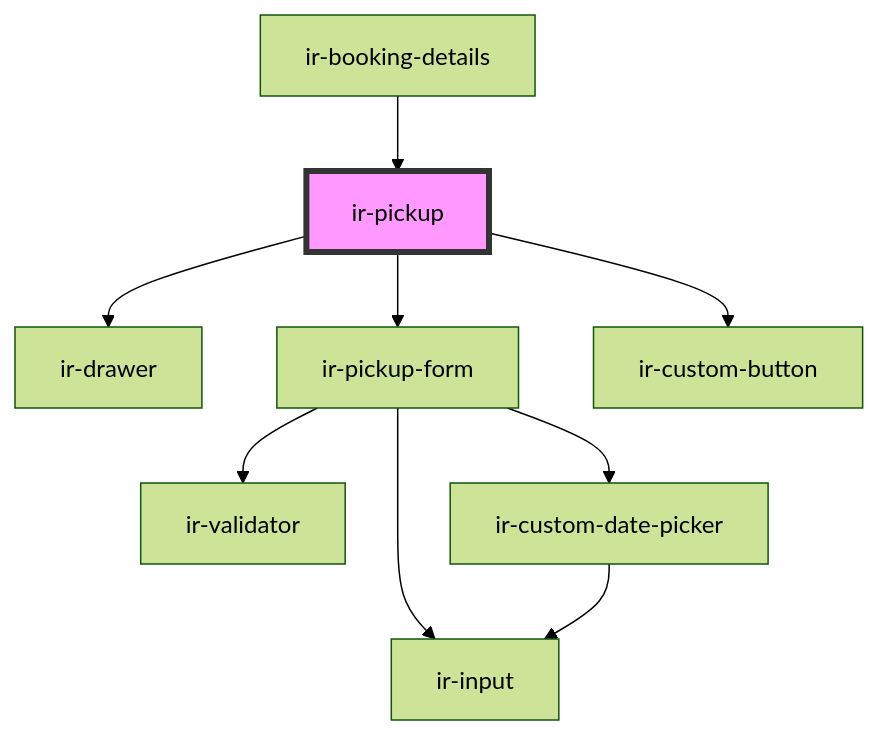
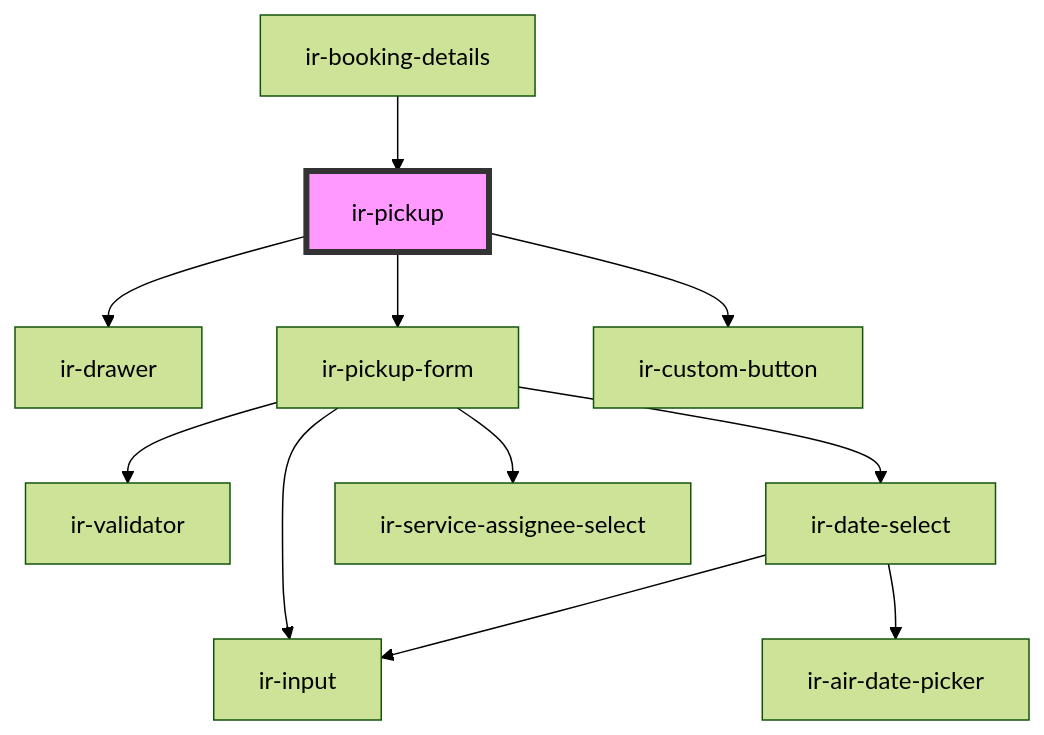
One commit to RonyRizk/ir-webcmp changed the diagram in src/components/ir-booking-details/ir-pickup/readme.md. Above: the diagram before and after it, drawn with Mermaid (forest theme). The commit also changed other lines of this file and 586 other files, not shown here.

````diff
--- a/src/components/ir-booking-details/ir-pickup/readme.md
+++ b/src/components/ir-booking-details/ir-pickup/readme.md
@@ -39,12 +41,14 @@
 ```mermaid
 graph TD;
   ir-pickup --> ir-drawer
   ir-pickup --> ir-pickup-form
   ir-pickup --> ir-custom-button
   ir-pickup-form --> ir-validator
-  ir-pickup-form --> ir-custom-date-picker
+  ir-pickup-form --> ir-date-select
   ir-pickup-form --> ir-input
-  ir-custom-date-picker --> ir-input
+  ir-pickup-form --> ir-service-assignee-select
+  ir-date-select --> ir-input
+  ir-date-select --> ir-air-date-picker
   ir-booking-details --> ir-pickup
   style ir-pickup fill:#f9f,stroke:#333,stroke-width:4px
 ```
````
